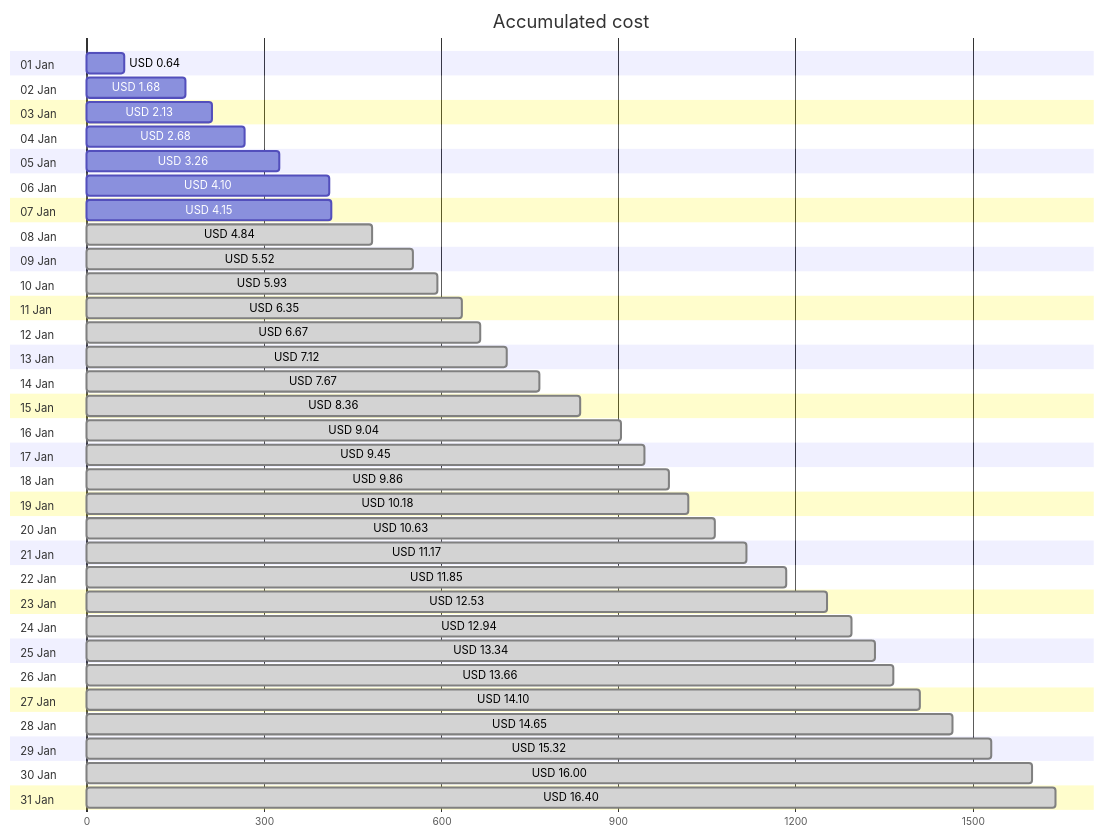
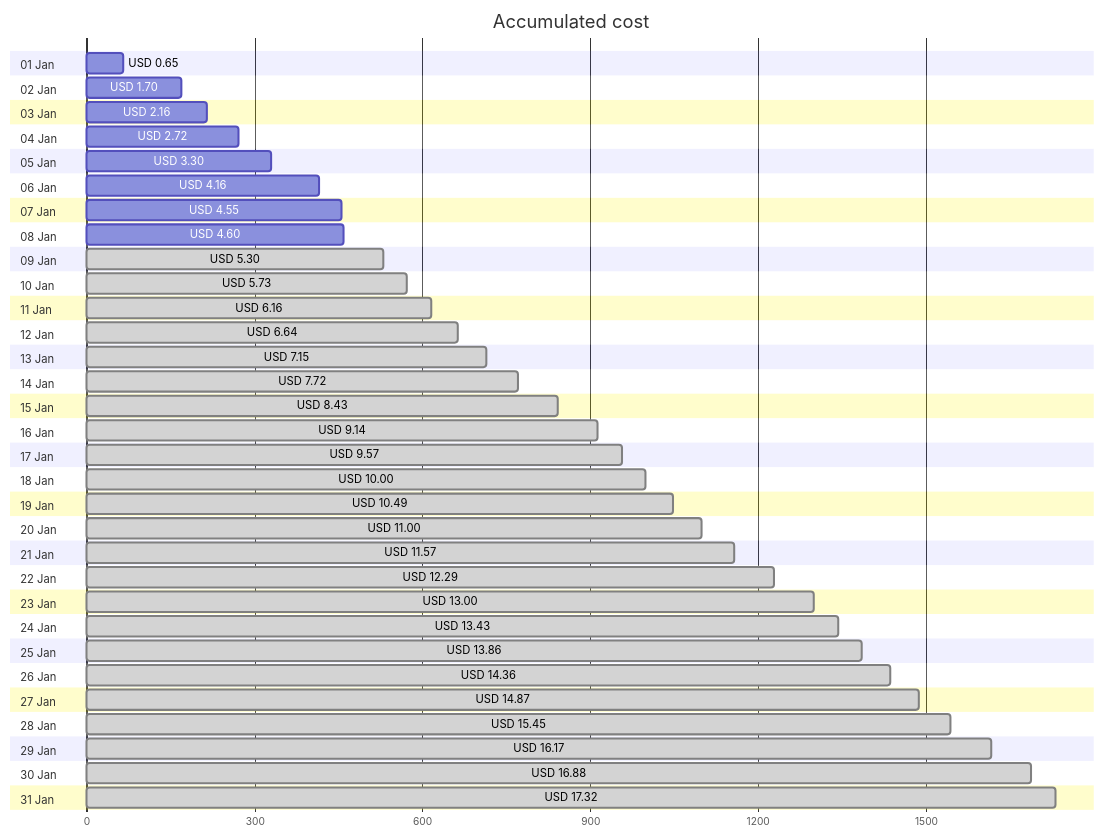
The first of 4 diagrams in cost-reports/personal-network/vpn-server.md (jpfulton/azure-personal-reports), drawn with Mermaid before and after one commit. The commit also changed other lines of this file and 8 other files, not shown here.

````diff
--- a/cost-reports/personal-network/vpn-server.md
+++ b/cost-reports/personal-network/vpn-server.md
@@ -20,68 +20,68 @@
 ```mermaid
 gantt
    title Accumulated cost
    dateFormat  X
    axisFormat %s
    section 01 Jan
-   USD 0.64 :0, 64
+   USD 0.65 :0, 65
    section 02 Jan
-   USD 1.68 :0, 168
+   USD 1.70 :0, 170
    section 03 Jan
-   USD 2.13 :0, 213
+   USD 2.16 :0, 216
    section 04 Jan
-   USD 2.68 :0, 268
+   USD 2.72 :0, 272
    section 05 Jan
-   USD 3.26 :0, 326
+   USD 3.30 :0, 330
    section 06 Jan
-   USD 4.10 :0, 410
+   USD 4.16 :0, 416
    section 07 Jan
-   USD 4.15 :0, 415
+   USD 4.55 :0, 455
    section 08 Jan
-   USD 4.84 : done, 0, 484
+   USD 4.60 :0, 460
    section 09 Jan
-   USD 5.52 : done, 0, 552
+   USD 5.30 : done, 0, 530
    section 10 Jan
-   USD 5.93 : done, 0, 593
+   USD 5.73 : done, 0, 573
    section 11 Jan
-   USD 6.35 : done, 0, 635
+   USD 6.16 : done, 0, 616
    section 12 Jan
-   USD 6.67 : done, 0, 667
+   USD 6.64 : done, 0, 664
    section 13 Jan
-   USD 7.12 : done, 0, 712
+   USD 7.15 : done, 0, 715
    section 14 Jan
-   USD 7.67 : done, 0, 767
+   USD 7.72 : done, 0, 772
    section 15 Jan
-   USD 8.36 : done, 0, 836
+   USD 8.43 : done, 0, 843
    section 16 Jan
-   USD 9.04 : done, 0, 904
+   USD 9.14 : done, 0, 914
    section 17 Jan
-   USD 9.45 : done, 0, 945
+   USD 9.57 : done, 0, 957
    section 18 Jan
-   USD 9.86 : done, 0, 986
+   USD 10.00 : done, 0, 1000
    section 19 Jan
-   USD 10.18 : done, 0, 1018
+   USD 10.49 : done, 0, 1049
    section 20 Jan
-   USD 10.63 : done, 0, 1063
+   USD 11.00 : done, 0, 1100
    section 21 Jan
-   USD 11.17 : done, 0, 1117
+   USD 11.57 : done, 0, 1157
    section 22 Jan
-   USD 11.85 : done, 0, 1185
+   USD 12.29 : done, 0, 1229
    section 23 Jan
-   USD 12.53 : done, 0, 1253
+   USD 13.00 : done, 0, 1300
    section 24 Jan
-   USD 12.94 : done, 0, 1294
+   USD 13.43 : done, 0, 1343
    section 25 Jan
-   USD 13.34 : done, 0, 1334
+   USD 13.86 : done, 0, 1386
    section 26 Jan
-   USD 13.66 : done, 0, 1366
+   USD 14.36 : done, 0, 1436
    section 27 Jan
-   USD 14.10 : done, 0, 1410
+   USD 14.87 : done, 0, 1487
    section 28 Jan
-   USD 14.65 : done, 0, 1465
+   USD 15.45 : done, 0, 1545
    section 29 Jan
-   USD 15.32 : done, 0, 1532
+   USD 16.17 : done, 0, 1617
    section 30 Jan
-   USD 16.00 : done, 0, 1600
+   USD 16.88 : done, 0, 1688
    section 31 Jan
-   USD 16.40 : done, 0, 1640
+   USD 17.32 : done, 0, 1732
 ```
````
